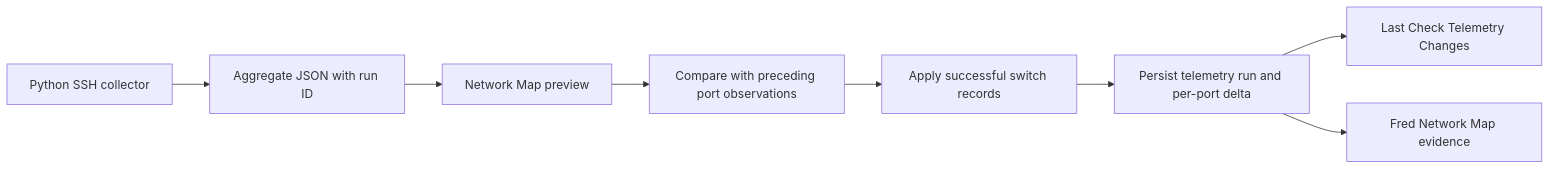
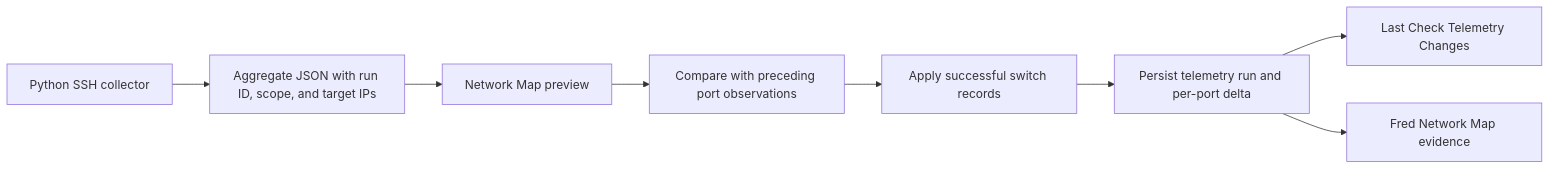
Before and after one commit to OlderschCoder/Network-Insight-Hub: the third of 3 diagrams in docs/network-drilldown-and-freshness.md, drawn with Mermaid. The commit also changed other lines of this file and 7 other files, not shown here.

````diff
--- a/docs/network-drilldown-and-freshness.md
+++ b/docs/network-drilldown-and-freshness.md
@@ -46,10 +59,10 @@
 ```mermaid
 flowchart LR
-    C[Python SSH collector] --> J[Aggregate JSON with run ID]
+    C[Python SSH collector] --> J[Aggregate JSON with run ID, scope, and target IPs]
     J --> P[Network Map preview]
     P --> D[Compare with preceding port observations]
     D --> A[Apply successful switch records]
     A --> R[Persist telemetry run and per-port delta]
     R --> U[Last Check Telemetry Changes]
     R --> F[Fred Network Map evidence]
 ```
````
